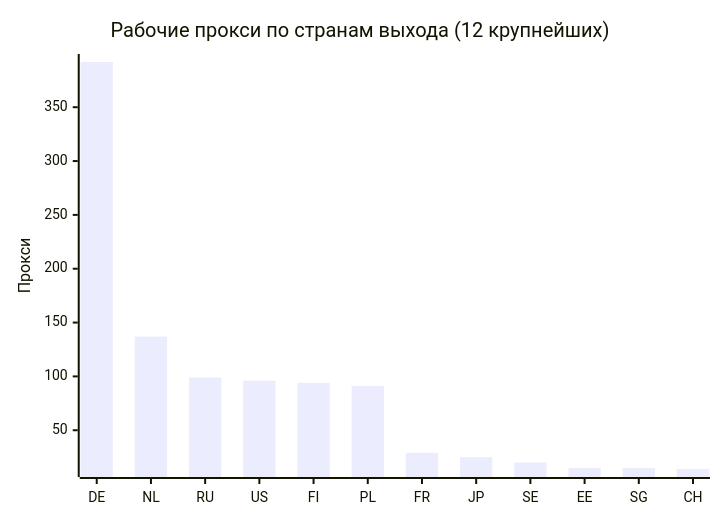
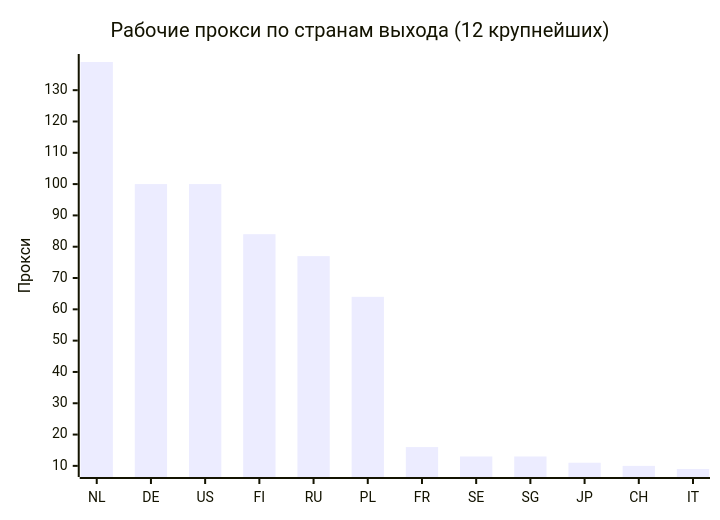
The second of 4 diagrams in README.md (rvvg/proxy-subs), drawn with Mermaid before and after one commit. The commit also changed other lines of this file and 48 other files, not shown here.

````diff
--- a/README.md
+++ b/README.md
@@ -129,7 +130,7 @@
 ```mermaid
 xychart-beta
     title "Рабочие прокси по странам выхода (12 крупнейших)"
-    x-axis ["DE", "NL", "RU", "US", "FI", "PL", "FR", "JP", "SE", "EE", "SG", "CH"]
+    x-axis ["NL", "DE", "US", "FI", "RU", "PL", "FR", "SE", "SG", "JP", "CH", "IT"]
     y-axis "Прокси"
-    bar [392, 137, 99, 96, 94, 91, 29, 25, 20, 15, 15, 14]
+    bar [139, 100, 100, 84, 77, 64, 16, 13, 13, 11, 10, 9]
 ```
````
